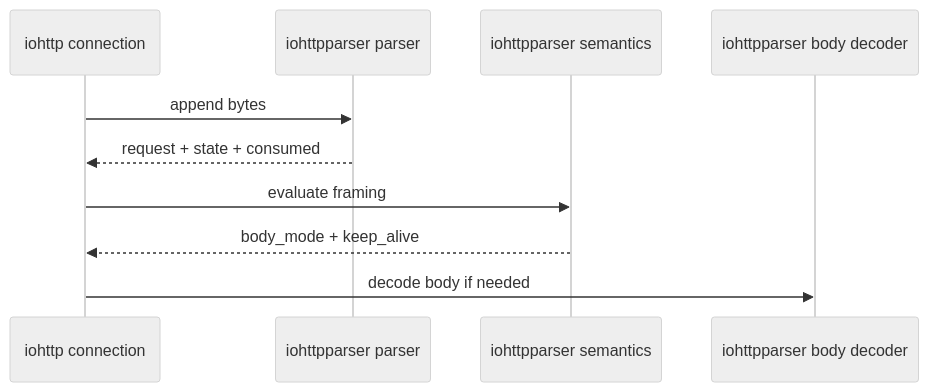
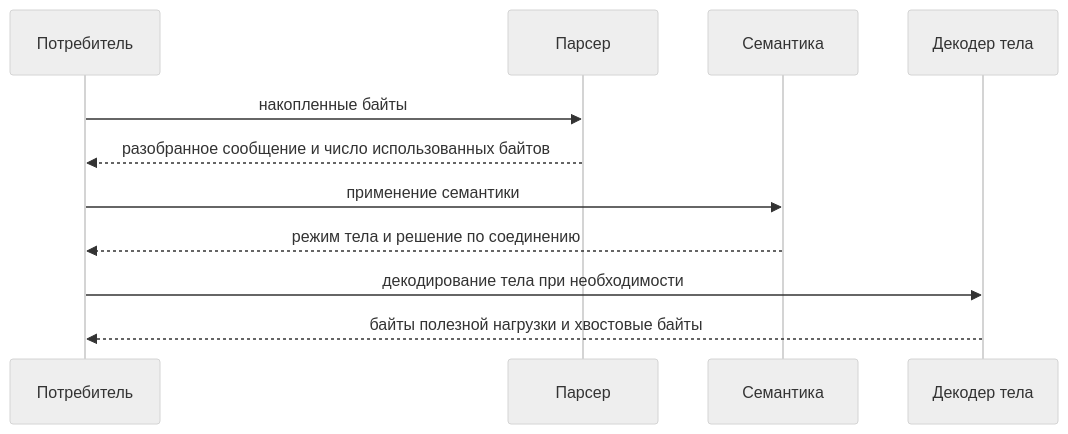
One commit to ioplane/iohttpparser changed the diagram in docs/ru/05-consumer-contracts.md. Above: the diagram before and after it, drawn with Mermaid (neutral theme). The commit also changed other lines of this file and 48 other files, not shown here.

````diff
--- a/docs/ru/05-consumer-contracts.md
+++ b/docs/ru/05-consumer-contracts.md
@@ -72,13 +111,14 @@
 ```mermaid
 sequenceDiagram
-    participant Conn as iohttp connection
-    participant Parser as iohttpparser parser
-    participant Sem as iohttpparser semantics
-    participant Body as iohttpparser body decoder
+    participant C as Потребитель
+    participant P as Парсер
+    participant S as Семантика
+    participant B as Декодер тела
 
-    Conn->>Parser: append bytes
-    Parser-->>Conn: request + state + consumed
-    Conn->>Sem: evaluate framing
-    Sem-->>Conn: body_mode + keep_alive
-    Conn->>Body: decode body if needed
+    C->>P: накопленные байты
+    P-->>C: разобранное сообщение и число использованных байтов
+    C->>S: применение семантики
+    S-->>C: режим тела и решение по соединению
+    C->>B: декодирование тела при необходимости
+    B-->>C: байты полезной нагрузки и хвостовые байты
 ```
````
